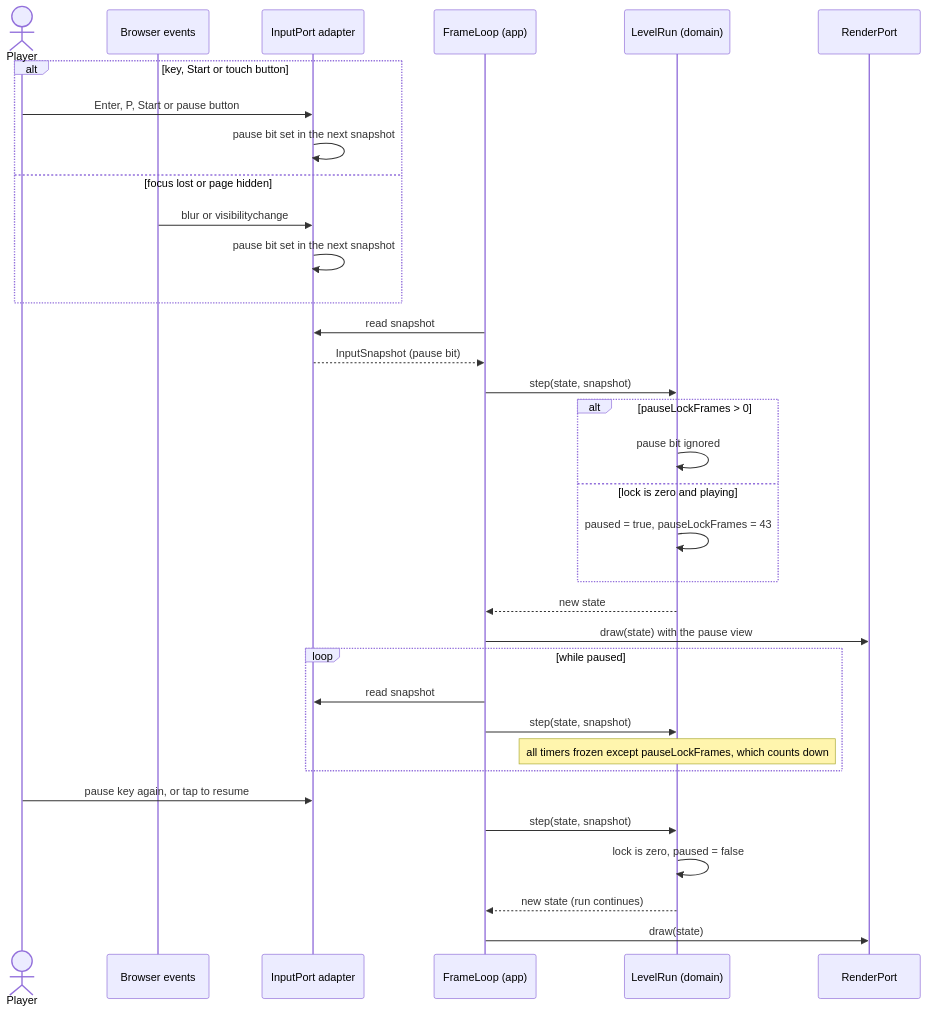
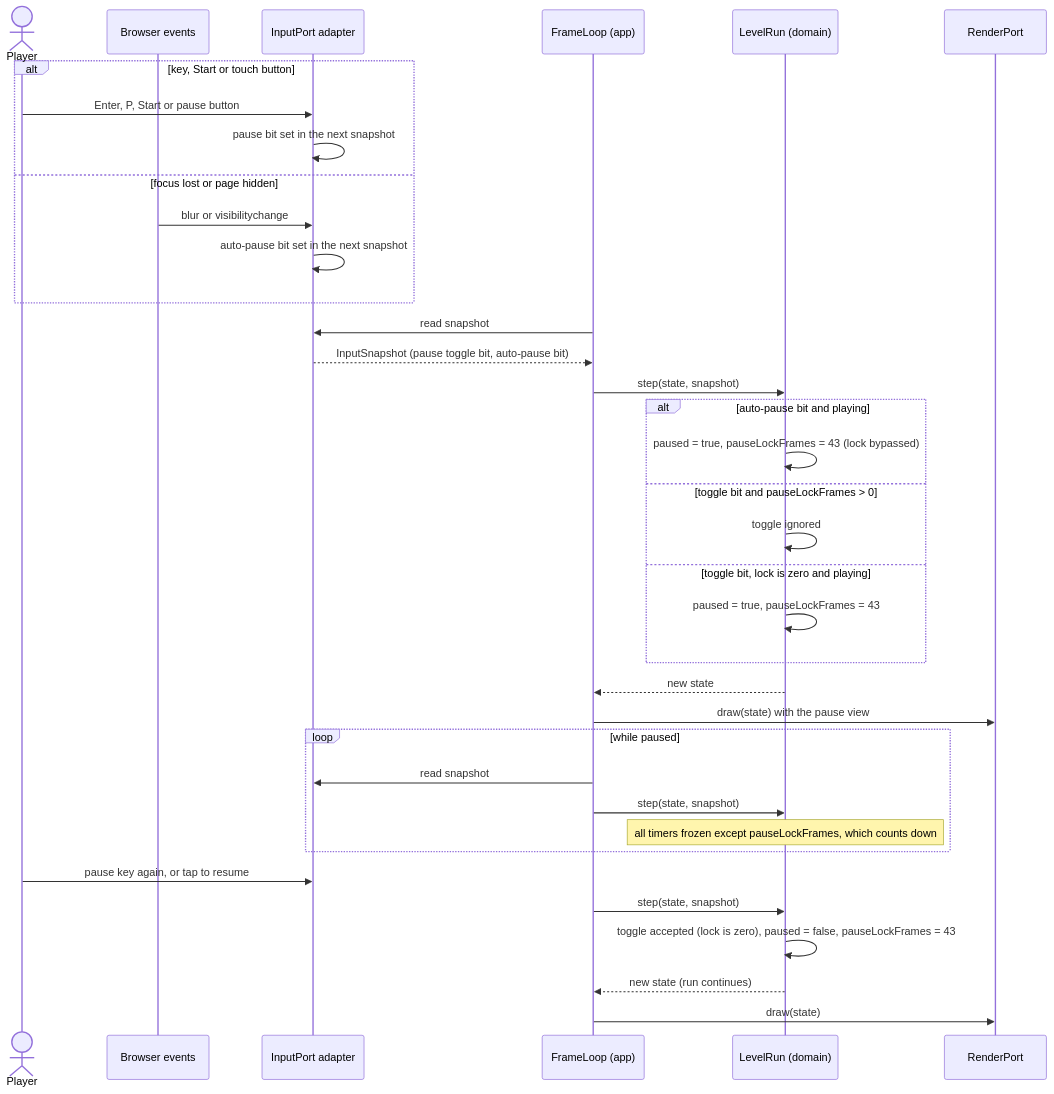
The diagram in docs/architecture/diagrams/gameplay/14-sequence-pause-resume.md (benoit-bremaud/retro-plumber), drawn with Mermaid before and after one commit. The commit also changed other lines of this file and 6 other files, not shown here.

Commit message:
docs(uml): apply review-local findings for brick 5 (#7)

````diff
--- a/docs/architecture/diagrams/gameplay/14-sequence-pause-resume.md
+++ b/docs/architecture/diagrams/gameplay/14-sequence-pause-resume.md
@@ -14,36 +14,38 @@
 ```mermaid
 sequenceDiagram
     actor P as Player
     participant Br as Browser events
     participant In as InputPort adapter
     participant FL as FrameLoop (app)
     participant LR as LevelRun (domain)
     participant Out as RenderPort
     alt key, Start or touch button
         P->>In: Enter, P, Start or pause button
         In->>In: pause bit set in the next snapshot
     else focus lost or page hidden
         Br->>In: blur or visibilitychange
-        In->>In: pause bit set in the next snapshot
+        In->>In: auto-pause bit set in the next snapshot
     end
     FL->>In: read snapshot
-    In-->>FL: InputSnapshot (pause bit)
+    In-->>FL: InputSnapshot (pause toggle bit, auto-pause bit)
     FL->>LR: step(state, snapshot)
-    alt pauseLockFrames > 0
-        LR->>LR: pause bit ignored
-    else lock is zero and playing
+    alt auto-pause bit and playing
+        LR->>LR: paused = true, pauseLockFrames = 43 (lock bypassed)
+    else toggle bit and pauseLockFrames > 0
+        LR->>LR: toggle ignored
+    else toggle bit, lock is zero and playing
         LR->>LR: paused = true, pauseLockFrames = 43
     end
     LR-->>FL: new state
     FL->>Out: draw(state) with the pause view
     loop while paused
         FL->>In: read snapshot
         FL->>LR: step(state, snapshot)
         Note over LR: all timers frozen except pauseLockFrames, which counts down
     end
     P->>In: pause key again, or tap to resume
     FL->>LR: step(state, snapshot)
-    LR->>LR: lock is zero, paused = false
+    LR->>LR: toggle accepted (lock is zero), paused = false, pauseLockFrames = 43
     LR-->>FL: new state (run continues)
     FL->>Out: draw(state)
 ```
````
